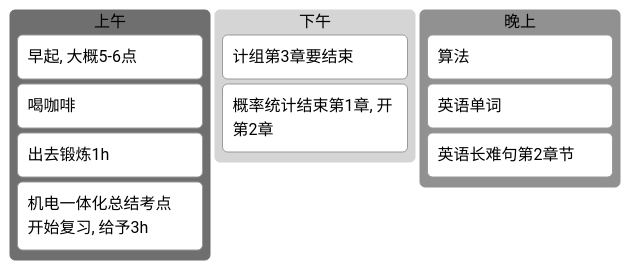
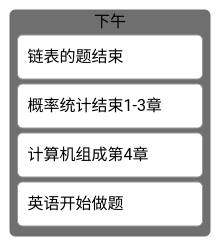
Before and after one commit to Sophomoresty/obsidian-notes: the fourth of 4 diagrams in 日记/规划.md, drawn with Mermaid (neutral theme). The commit also changed other lines of this file and 8 other files, not shown here.

````diff
--- a/日记/规划.md
+++ b/日记/规划.md
@@ -132,15 +109,8 @@
  ```mermaid
 kanban
-[上午]
-	[早起, 大概5-6点]
-	[喝咖啡]
-	[出去锻炼1h]
-	[机电一体化总结考点<br>开始复习, 给予3h]
 [下午]
-	[计组第3章要结束]
-	[概率统计结束第1章, 开第2章]
-[晚上]
-	[算法]
-	[英语单词]
-	[英语长难句第2章节]
+	[链表的题结束]
+	[概率统计结束1-3章]
+	[计算机组成第4章]
+	[英语开始做题]
 ```
````
